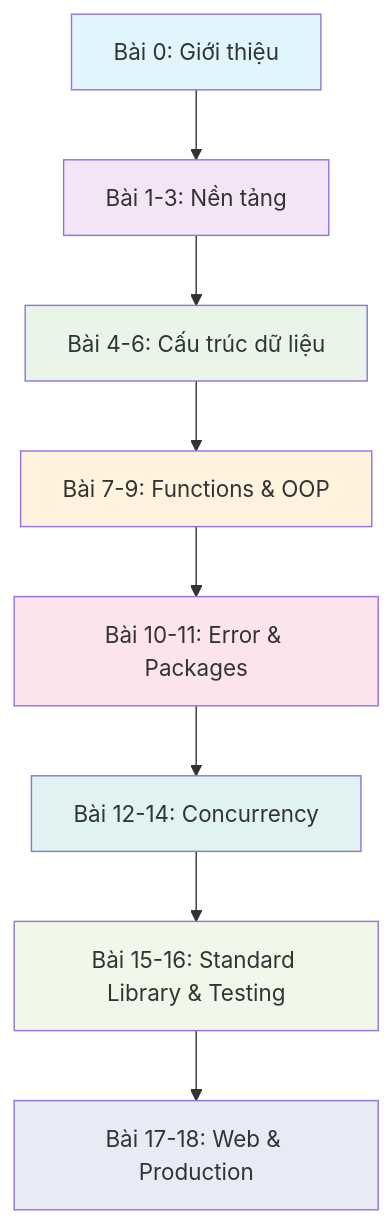
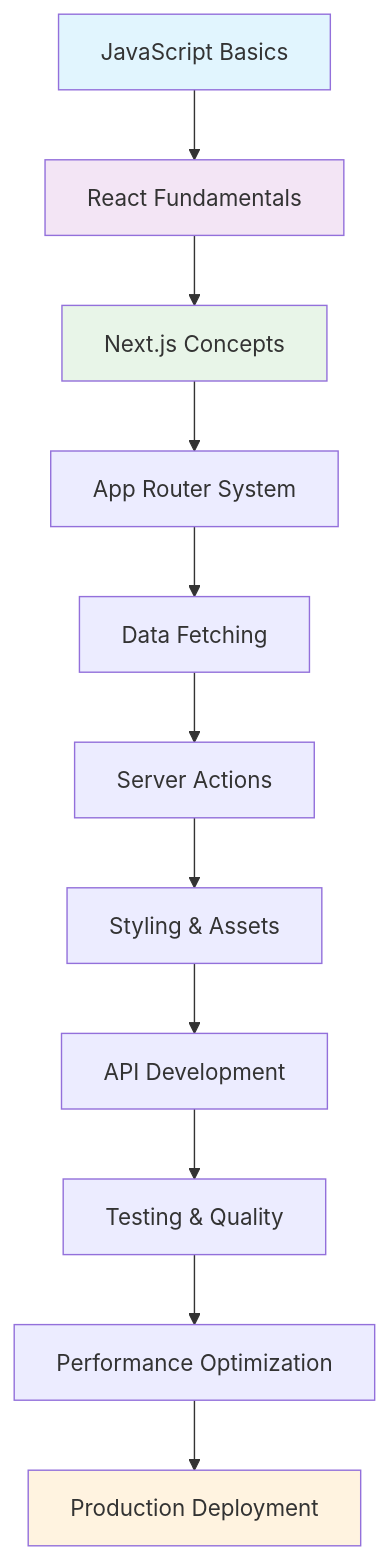
One commit to khieu-dv/vievlog changed the first of 5 diagrams in src/content/soft-skills/nextjs/bai-0.mdx. Above: the diagram before and after it, drawn with Mermaid. The commit also changed other lines of this file and 3 other files, not shown here.

````diff
--- a/src/content/soft-skills/nextjs/bai-0.mdx
+++ b/src/content/soft-skills/nextjs/bai-0.mdx
@@ -30,19 +23,18 @@
 ```mermaid
 graph TD
-    A[Bài 0: Giới thiệu] --> B[Bài 1-3: Nền tảng]
-    B --> C[Bài 4-6: Cấu trúc dữ liệu]
-    C --> D[Bài 7-9: Functions & OOP]
-    D --> E[Bài 10-11: Error & Packages]
-    E --> F[Bài 12-14: Concurrency]
-    F --> G[Bài 15-16: Standard Library & Testing]
-    G --> H[Bài 17-18: Web & Production]
+    A[JavaScript Basics] --> B[React Fundamentals]
+    B --> C[Next.js Concepts]
+    C --> D[App Router System]
+    D --> E[Data Fetching]
+    E --> F[Server Actions]
+    F --> G[Styling & Assets]
+    G --> H[API Development]
+    H --> I[Testing & Quality]
+    I --> J[Performance Optimization]
+    J --> K[Production Deployment]
     
     style A fill:#e1f5fe
     style B fill:#f3e5f5
     style C fill:#e8f5e8
-    style D fill:#fff3e0
-    style E fill:#fce4ec
-    style F fill:#e0f2f1
-    style G fill:#f1f8e9
-    style H fill:#e8eaf6
+    style K fill:#fff3e0
 ```
````
